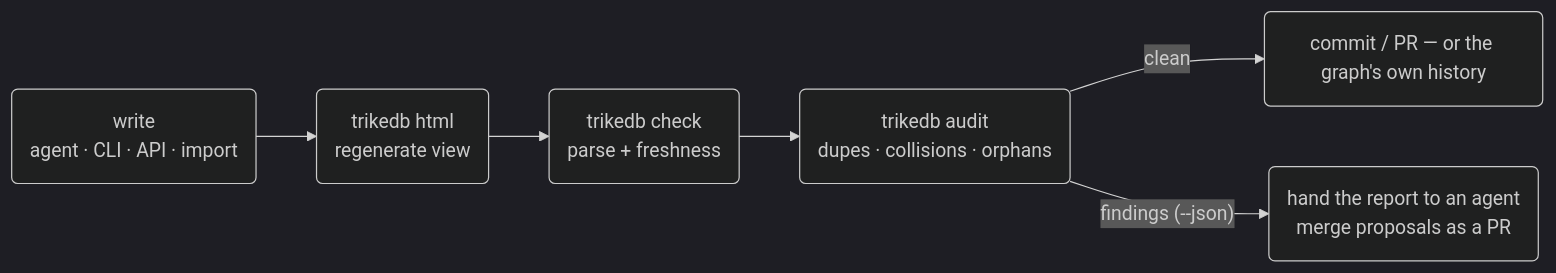
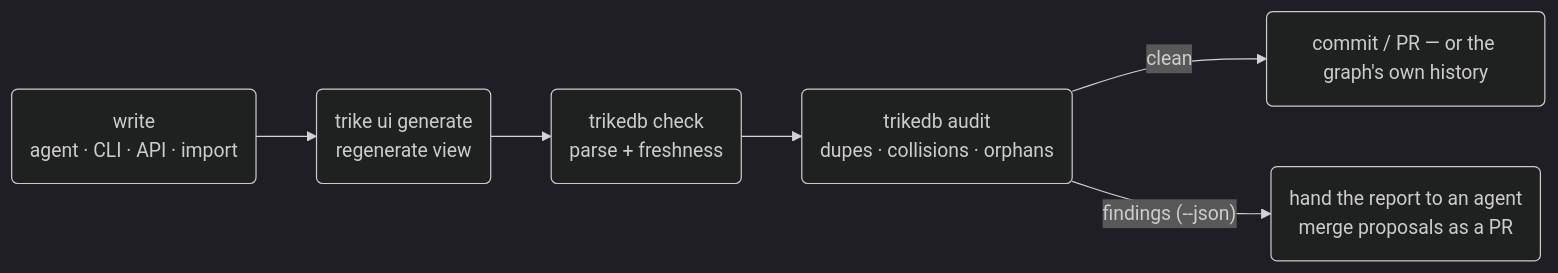
Before and after one commit to RyutoYoda/trikedb: the second of 2 diagrams in docs/REFERENCE.md, drawn with Mermaid (dark theme). The commit also changed other lines of this file and 10 other files, not shown here.

First line of the commit message:
Release: 0.33.0 — 書き出しを `trike ui generate` に移した

````diff
--- a/docs/REFERENCE.md
+++ b/docs/REFERENCE.md
@@ -829,8 +829,8 @@
 ```mermaid
 flowchart LR
-    E("write<br/>agent · CLI · API · import") --> G("trikedb html<br/>regenerate view")
+    E("write<br/>agent · CLI · API · import") --> G("trike ui generate<br/>regenerate view")
     G --> C("trikedb check<br/>parse + freshness")
     C --> A("trikedb audit<br/>dupes · collisions · orphans")
     A -->|clean| PR("commit / PR — or the graph's own history")
     A -->|"findings (--json)"| LLM("hand the report to an agent<br/>merge proposals as a PR")
 ```
````
